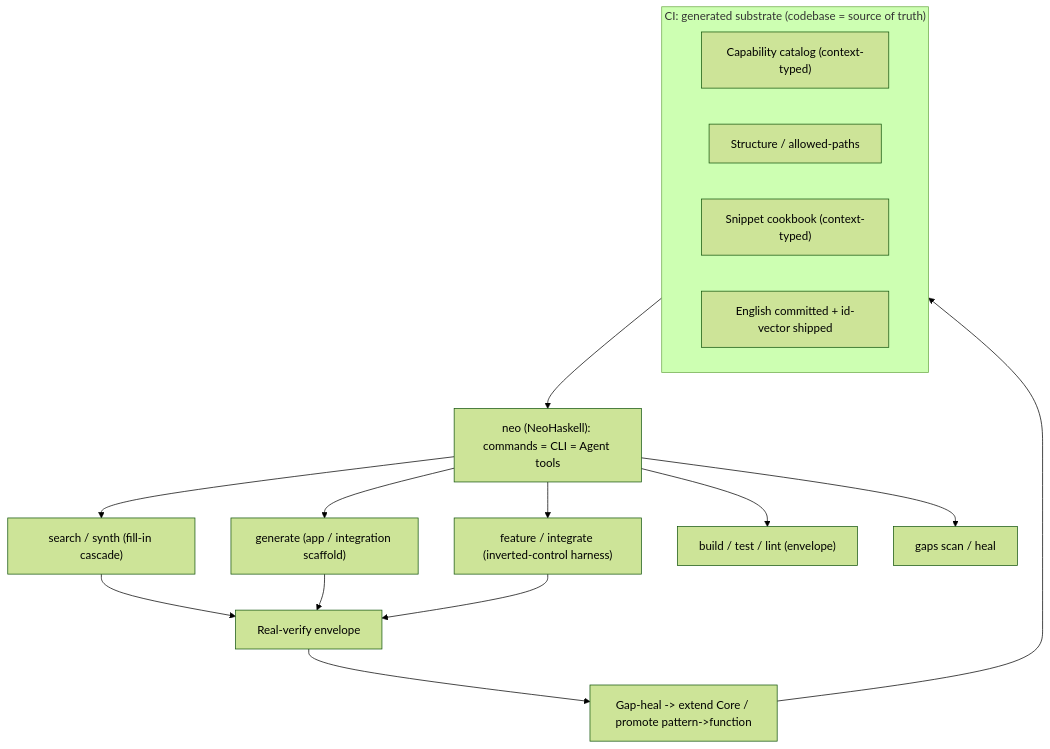
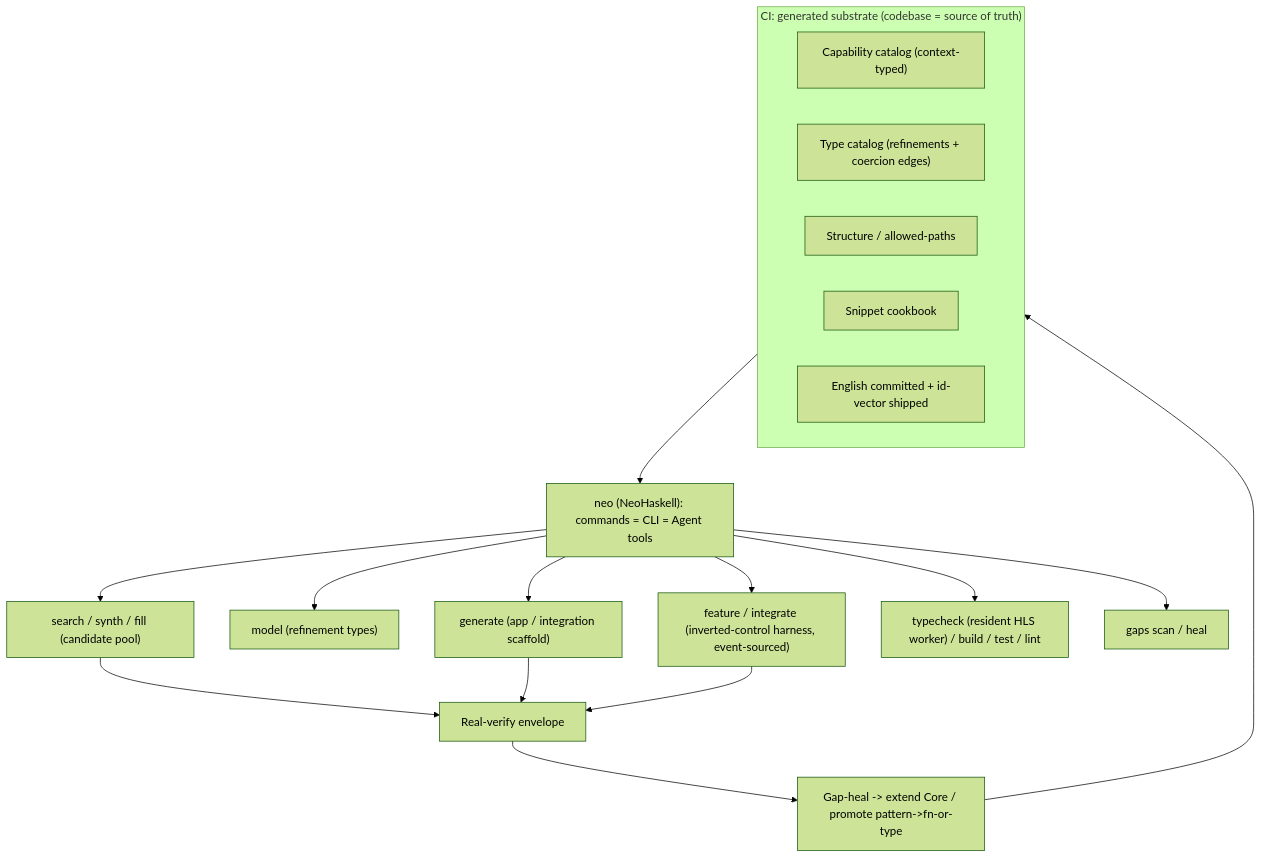
One commit to neohaskell/NeoHaskell changed the fourth of 4 diagrams in docs/plans/2026-07-03-deterministic-pipelines-design.md. Above: the diagram before and after it, drawn with Mermaid (forest theme). The commit also changed other lines of this file, not shown here.

First line of the commit message:
docs: v3 design — type-modeling, typed-hole fill engine, P8, off-the-shelf models

````diff
--- a/docs/plans/2026-07-03-deterministic-pipelines-design.md
+++ b/docs/plans/2026-07-03-deterministic-pipelines-design.md
@@ -296,20 +304,22 @@
 ```mermaid
 flowchart TD
     subgraph SUB["CI: generated substrate (codebase = source of truth)"]
       CAT["Capability catalog (context-typed)"]
+      TYP["Type catalog (refinements + coercion edges)"]
       MAP["Structure / allowed-paths"]
-      COOK["Snippet cookbook (context-typed)"]
+      COOK["Snippet cookbook"]
       VEC["English committed + id-vector shipped"]
     end
     SUB --> NEO["neo (NeoHaskell): commands = CLI = Agent tools"]
-    NEO --> C1["search / synth (fill-in cascade)"]
-    NEO --> C2["generate (app / integration scaffold)"]
-    NEO --> C3["feature / integrate (inverted-control harness)"]
-    NEO --> C4["build / test / lint (envelope)"]
-    NEO --> C5["gaps scan / heal"]
+    NEO --> C1["search / synth / fill (candidate pool)"]
+    NEO --> C2["model (refinement types)"]
+    NEO --> C3["generate (app / integration scaffold)"]
+    NEO --> C4["feature / integrate (inverted-control harness, event-sourced)"]
+    NEO --> C5["typecheck (resident HLS worker) / build / test / lint"]
+    NEO --> C6["gaps scan / heal"]
     C1 --> ENV["Real-verify envelope"]
-    C2 --> ENV
     C3 --> ENV
-    ENV --> GAP["Gap-heal -> extend Core / promote pattern->function"]
+    C4 --> ENV
+    ENV --> GAP["Gap-heal -> extend Core / promote pattern->fn-or-type"]
     GAP --> SUB
 ```
````
